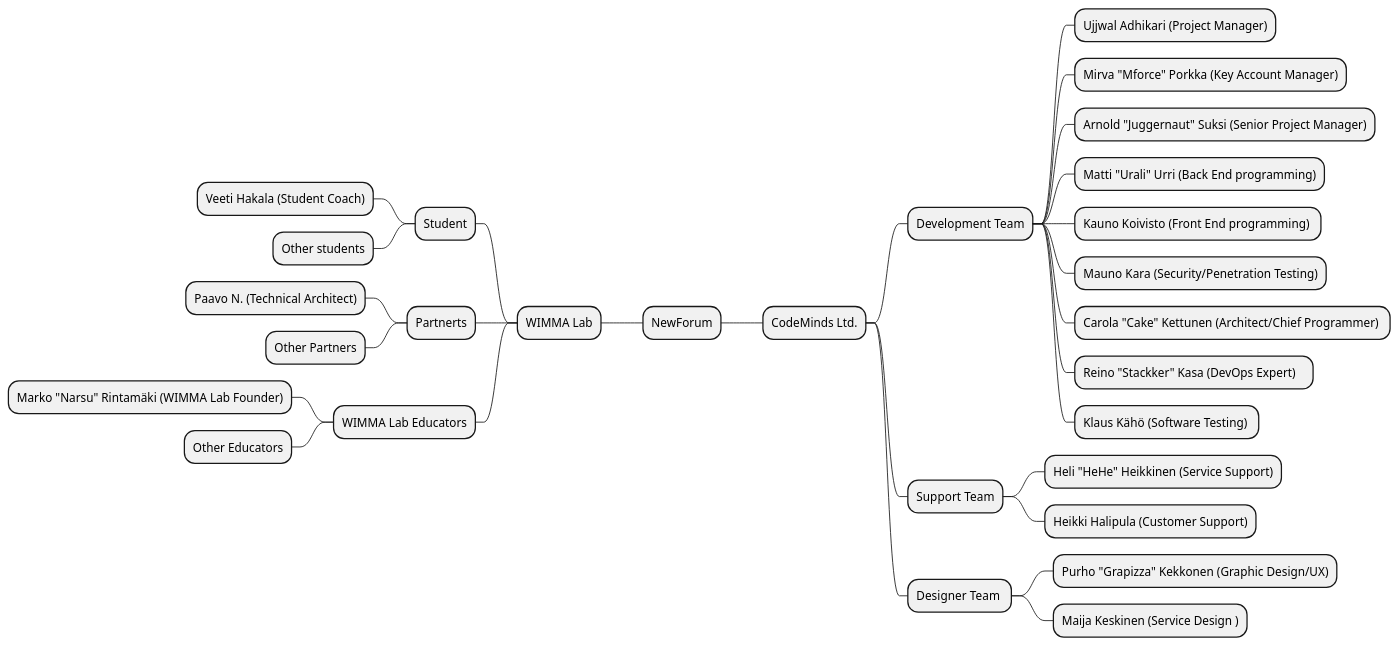
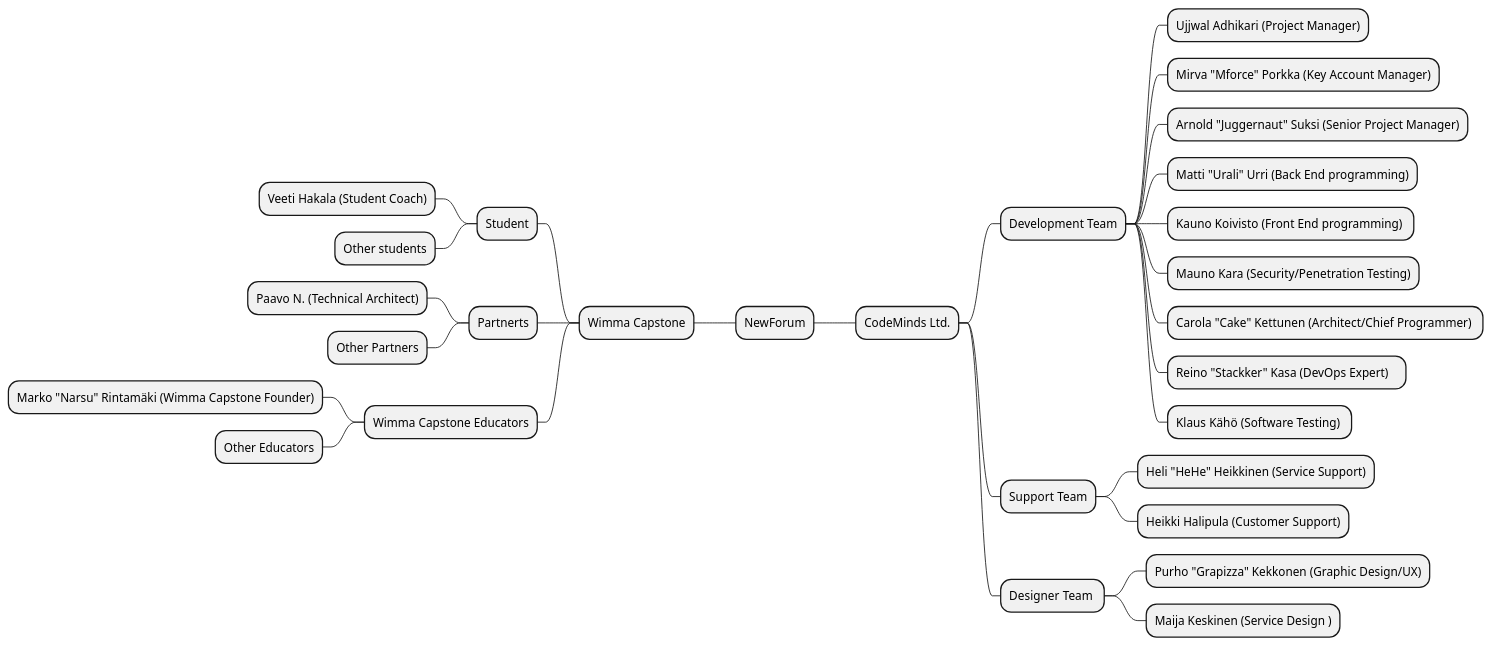
The first of 7 diagrams in README.md (ujadh/analogclock), drawn with PlantUML before and after one commit. The commit also changed other lines of this file, not shown here.

````diff
--- a/README.md
+++ b/README.md
@@ -104,32 +104,32 @@
 ```plantuml
 @startmindmap
 + NewForum
 ++ CodeMinds Ltd.
 +++ Development Team
 ++++ Ujjwal Adhikari (Project Manager)
 ++++ Mirva "Mforce" Porkka (Key Account Manager)
 ++++ Arnold "Juggernaut" Suksi (Senior Project Manager)
 ++++ Matti "Urali" Urri (Back End programming)
 ++++ Kauno Koivisto (Front End programming) 
 ++++ Mauno Kara (Security/Penetration Testing)
 ++++ Carola "Cake" Kettunen (Architect/Chief Programmer) 
 ++++ Reino "Stackker" Kasa (DevOps Expert)   
 ++++ Klaus Kähö (Software Testing) 
 +++ Support Team
 ++++ Heli "HeHe" Heikkinen (Service Support)
 ++++ Heikki Halipula (Customer Support)
 +++ Designer Team 
 ++++ Purho "Grapizza" Kekkonen (Graphic Design/UX)
 ++++ Maija Keskinen (Service Design )
--- WIMMA Lab
+-- Wimma Capstone
 --- Student
 ---- Veeti Hakala (Student Coach)
 ---- Other students
 --- Partnerts
 ---- Paavo N. (Technical Architect)
 ---- Other Partners
---- WIMMA Lab Educators
----- Marko "Narsu" Rintamäki (WIMMA Lab Founder)
+--- Wimma Capstone Educators
+---- Marko "Narsu" Rintamäki (Wimma Capstone Founder)
 ---- Other Educators
 @endmindmap
 ```
````
